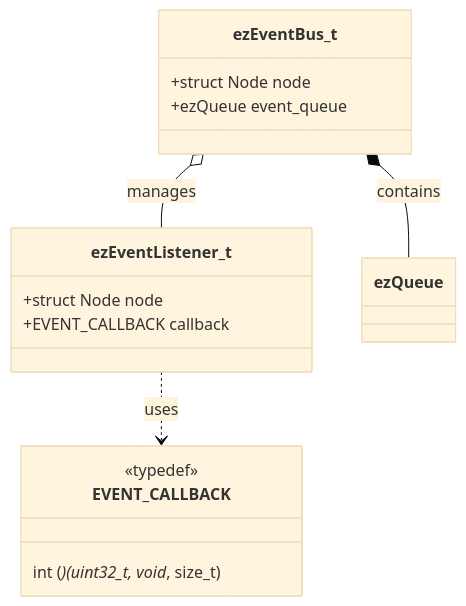
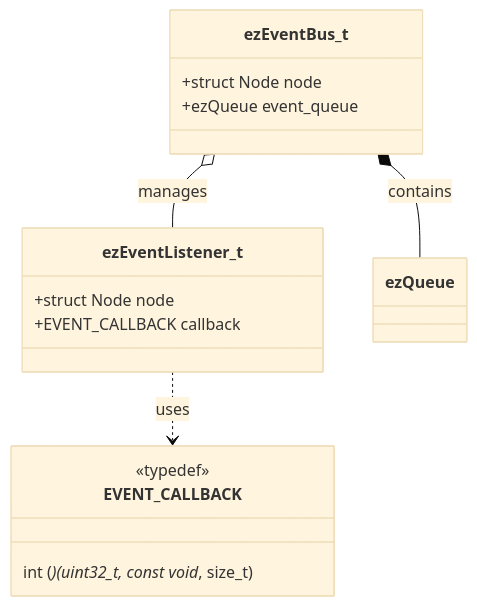
One commit to ezMbedded/EasyEmbeddedFramework changed the first of 3 diagrams in docs/easy_embedded/service/event_bus/event_bus.rst. Above: the diagram before and after it, drawn with Mermaid (base theme). The commit also changed other lines of this file and 3 other files, not shown here.

```diff
--- a/docs/easy_embedded/service/event_bus/event_bus.rst
+++ b/docs/easy_embedded/service/event_bus/event_bus.rst
@@ -22,19 +24,19 @@
 .. mermaid::
 
     classDiagram
         class ezEventBus_t {
             +struct Node node
             +ezQueue event_queue
         }
         class ezEventListener_t {
             +struct Node node
             +EVENT_CALLBACK callback
         }
         class EVENT_CALLBACK {
             <<typedef>>
-            int (*)(uint32_t, void*, size_t)
+            int (*)(uint32_t, const void*, size_t)
         }
 
         ezEventBus_t o-- ezEventListener_t : manages
         ezEventBus_t *-- ezQueue : contains
         ezEventListener_t ..> EVENT_CALLBACK : uses
```
